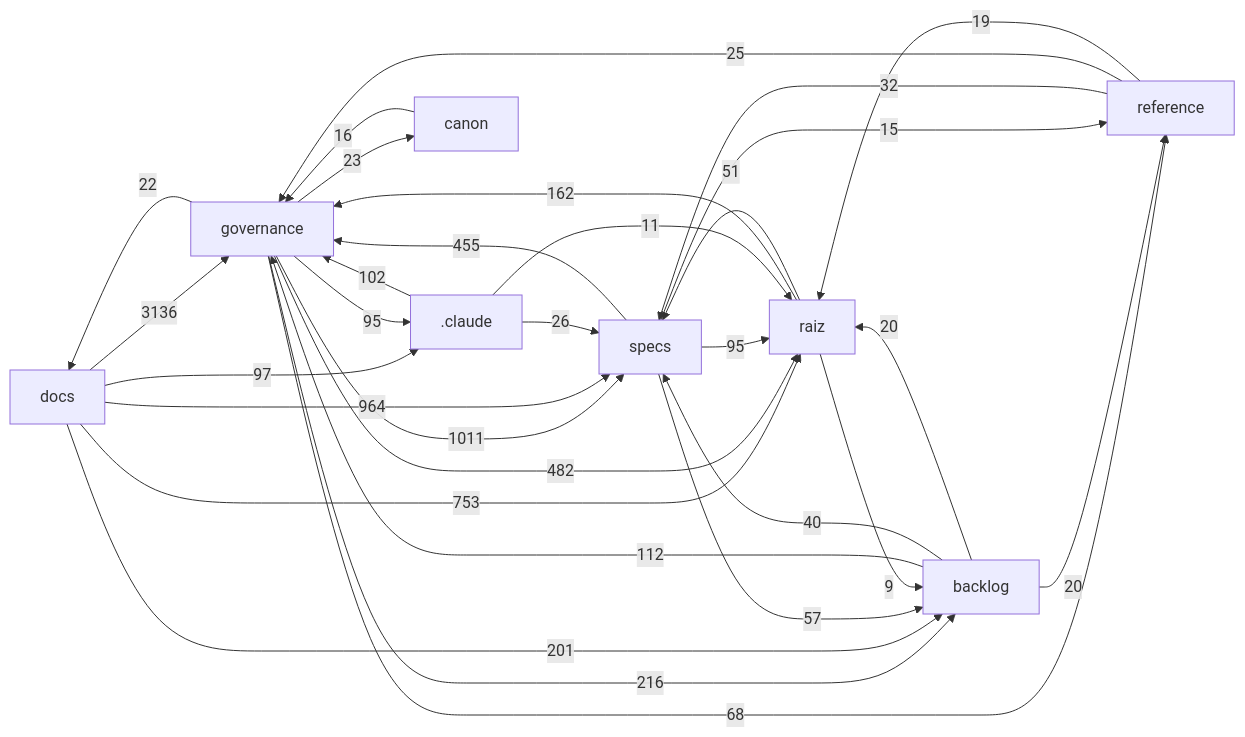
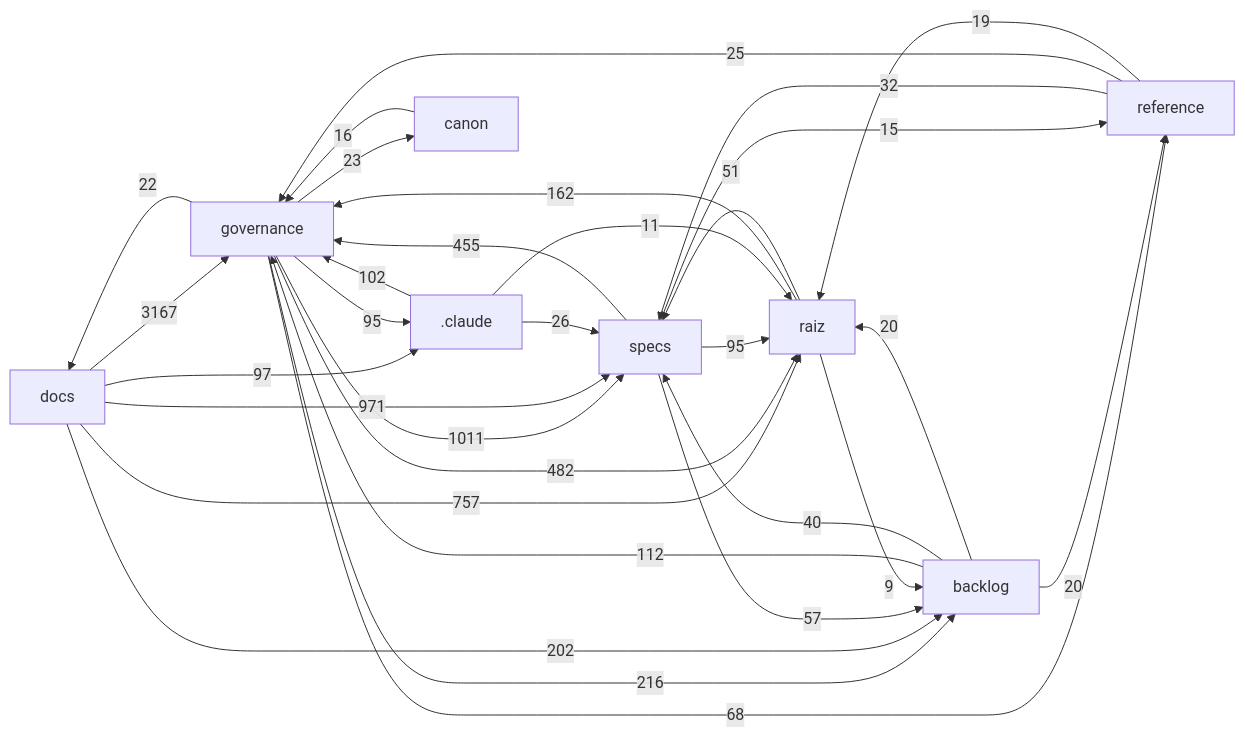
Before and after one commit to Andraus35/Sistema-Operacional-de-Trading--SOT: the diagram in docs/mapa/MAPA-PROJETO.md, drawn with Mermaid. The commit also changed other lines of this file and 5 other files, not shown here.

````diff
--- a/docs/mapa/MAPA-PROJETO.md
+++ b/docs/mapa/MAPA-PROJETO.md
@@ -29,33 +29,33 @@
 ```mermaid
 flowchart LR
-  docs["docs"] -->|3136| governance["governance"]
+  docs["docs"] -->|3167| governance["governance"]
   governance["governance"] -->|1011| specs["specs"]
-  docs["docs"] -->|964| specs["specs"]
-  docs["docs"] -->|753| raiz["raiz"]
+  docs["docs"] -->|971| specs["specs"]
+  docs["docs"] -->|757| raiz["raiz"]
   governance["governance"] -->|482| raiz["raiz"]
   specs["specs"] -->|455| governance["governance"]
   governance["governance"] -->|216| backlog["backlog"]
-  docs["docs"] -->|201| backlog["backlog"]
+  docs["docs"] -->|202| backlog["backlog"]
   raiz["raiz"] -->|162| governance["governance"]
   backlog["backlog"] -->|112| governance["governance"]
   _claude[".claude"] -->|102| governance["governance"]
   docs["docs"] -->|97| _claude[".claude"]
   governance["governance"] -->|95| _claude[".claude"]
   specs["specs"] -->|95| raiz["raiz"]
   governance["governance"] -->|68| reference["reference"]
   specs["specs"] -->|57| backlog["backlog"]
   raiz["raiz"] -->|51| specs["specs"]
   backlog["backlog"] -->|40| specs["specs"]
   reference["reference"] -->|32| specs["specs"]
   _claude[".claude"] -->|26| specs["specs"]
   reference["reference"] -->|25| governance["governance"]
   governance["governance"] -->|23| canon["canon"]
   governance["governance"] -->|22| docs["docs"]
   backlog["backlog"] -->|20| raiz["raiz"]
   backlog["backlog"] -->|20| reference["reference"]
   reference["reference"] -->|19| raiz["raiz"]
   canon["canon"] -->|16| governance["governance"]
   specs["specs"] -->|15| reference["reference"]
   _claude[".claude"] -->|11| raiz["raiz"]
   raiz["raiz"] -->|9| backlog["backlog"]
 ```
````
